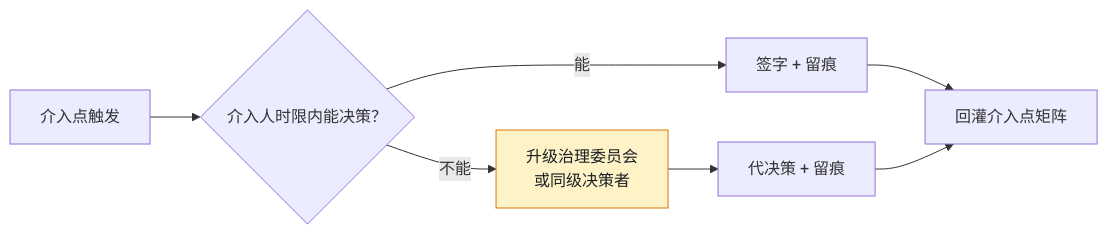
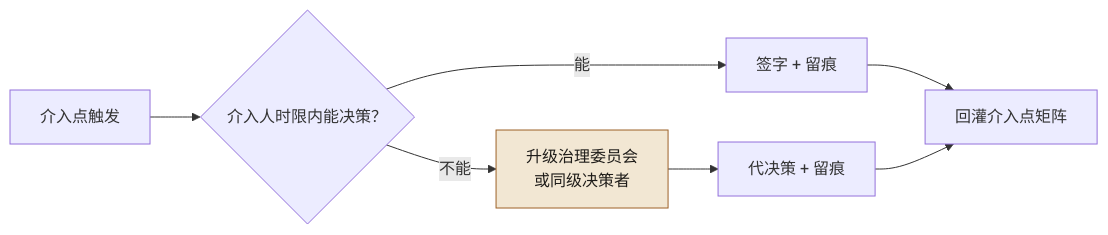
Before and after one commit to funny8kids/AI_Native_Software_Engineering: the third of 3 diagrams in docs/manuscript/ch07-第2章-人在回路.md, drawn with Mermaid. The commit also changed other lines of this file and 81 other files, not shown here.

````diff
--- a/docs/manuscript/ch07-第2章-人在回路.md
+++ b/docs/manuscript/ch07-第2章-人在回路.md
@@ -133,10 +133,10 @@
 ```mermaid
 flowchart LR
   P["介入点触发"] --> Q{"介入人时限内能决策？"}
   Q -->|能| S1["签字 + 留痕"]
   Q -->|不能| UP["升级治理委员会<br/>或同级决策者"]
   UP --> S2["代决策 + 留痕"]
   S1 --> FB["回灌介入点矩阵"]
   S2 --> FB
-  style UP fill:#fef3c7,stroke:#d97706,color:#1a1d23
+  style UP fill:#f2e7d3,stroke:#9d6127,color:#1e1c19
 ```
````
